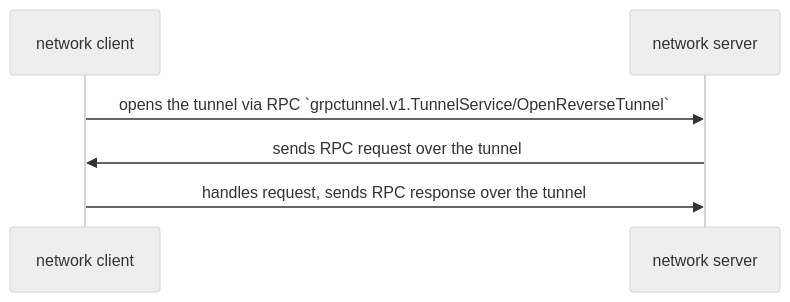
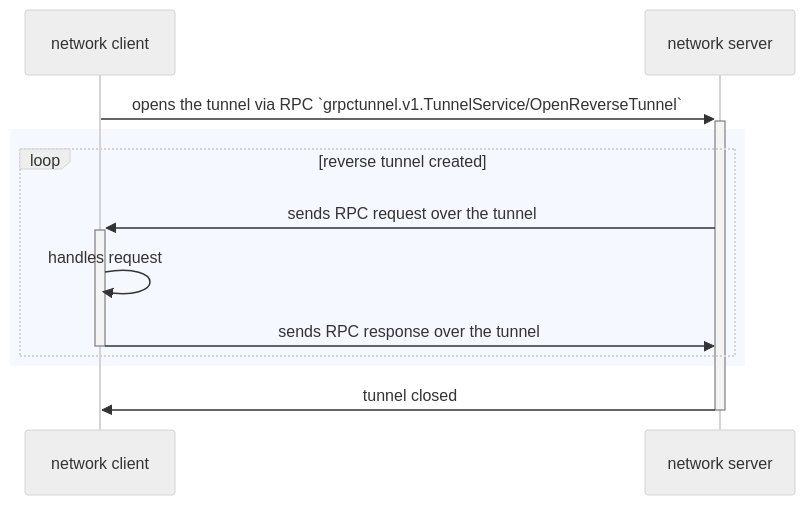
Before and after one commit to jhump/grpctunnel: the second of 2 diagrams in README.md, drawn with Mermaid (neutral theme). The commit also changed other lines of this file, not shown here.

Commit message:
improve sequence diagrams

````diff
--- a/README.md
+++ b/README.md
@@ -190,8 +196,14 @@
 ```mermaid
 sequenceDiagram
     participant network client
     participant network server
-    network client->>network server: opens the tunnel via RPC `grpctunnel.v1.TunnelService/OpenReverseTunnel`
-    network server->>network client: sends RPC request over the tunnel
-    network client->>network server: handles request, sends RPC response over the tunnel
+    network client->>+network server: opens the tunnel via RPC `grpctunnel.v1.TunnelService/OpenReverseTunnel`
+    rect rgb(245, 248, 255)
+      loop reverse tunnel created
+        network server->>+network client: sends RPC request over the tunnel
+        network client->>network client: handles request
+        network client->>-network server: sends RPC response over the tunnel
+      end
+    end
+    network server->>-network client: tunnel closed
 ```
````
